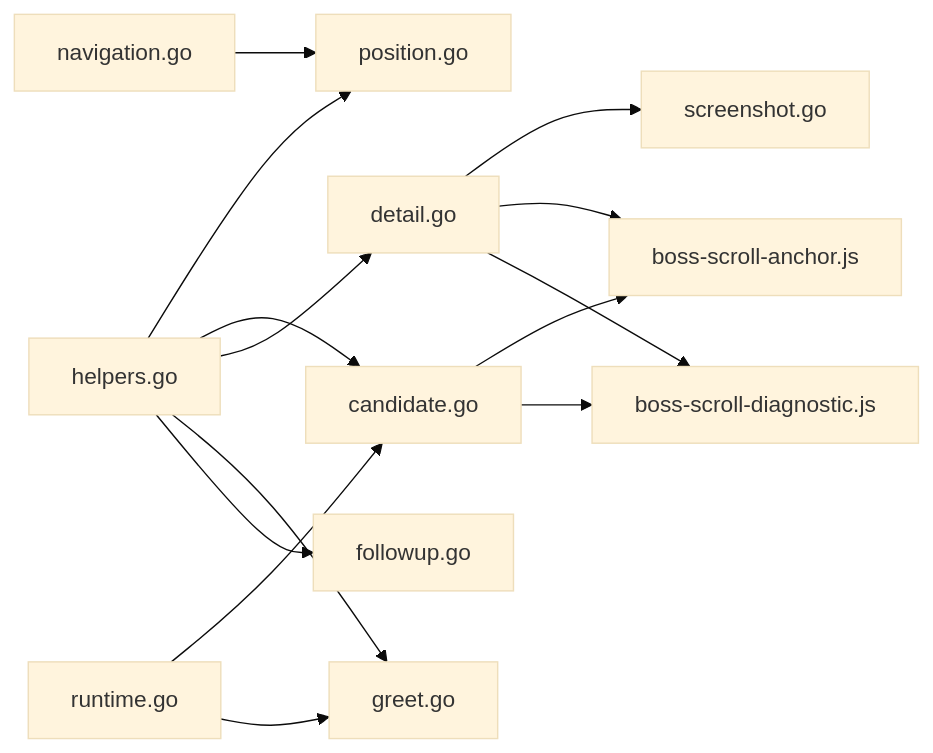
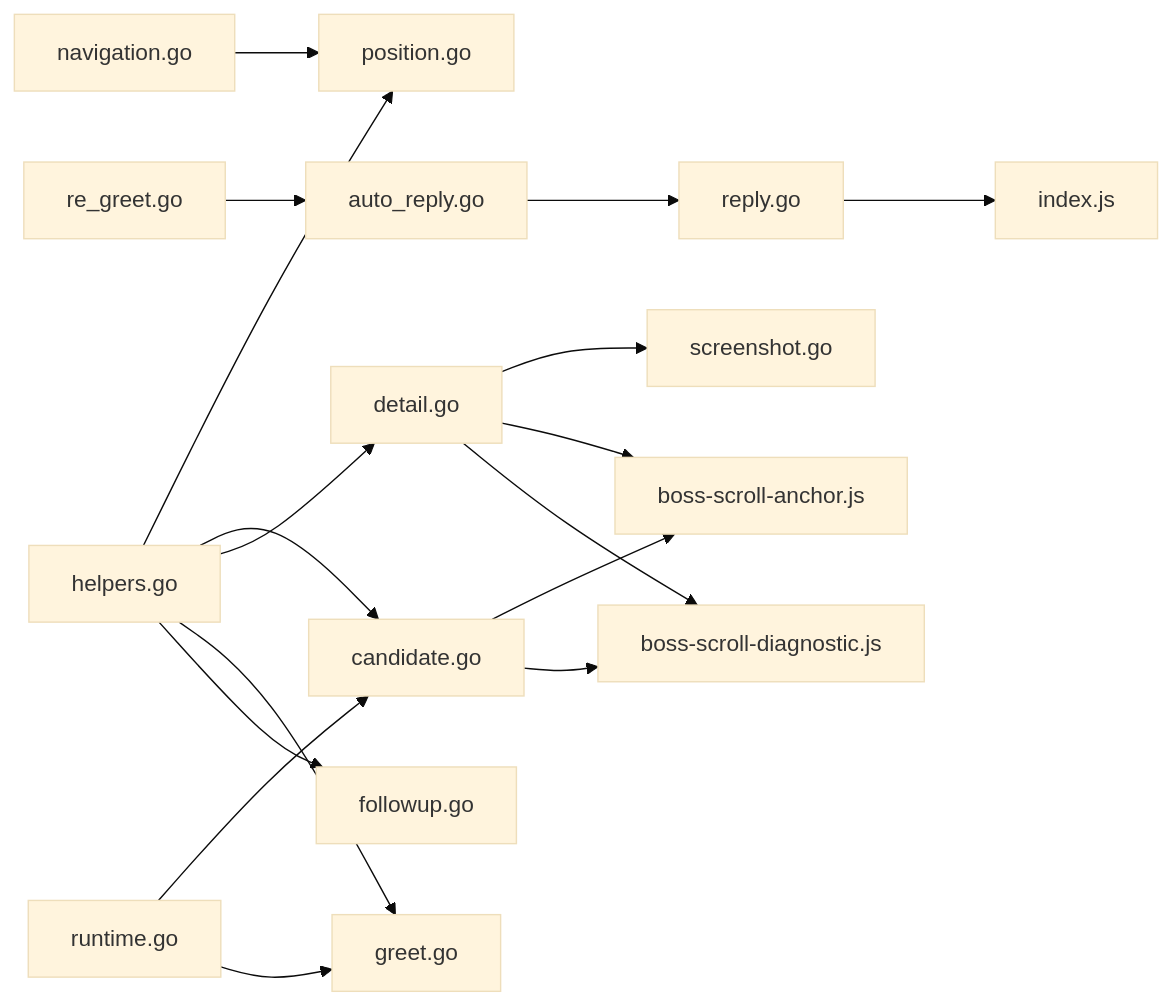
One commit to alvinwangzi/goodhr changed the tenth of 10 diagrams in .qoder/repowiki/zh/content/本地执行器/平台适配器/Boss直聘适配器/Boss直聘适配器.md. Above: the diagram before and after it, drawn with Mermaid (base theme). The commit also changed other lines of this file and 91 other files, not shown here.

````diff
--- a/.qoder/repowiki/zh/content/本地执行器/平台适配器/Boss直聘适配器/Boss直聘适配器.md
+++ b/.qoder/repowiki/zh/content/本地执行器/平台适配器/Boss直聘适配器/Boss直聘适配器.md
@@ -345,16 +486,19 @@
 ```mermaid
 graph LR
 H["helpers.go"] --> P["position.go"]
 H --> C["candidate.go"]
 H --> D["detail.go"]
 H --> G["greet.go"]
 H --> F["followup.go"]
 R["runtime.go"] --> C
 R --> G
 N["navigation.go"] --> P
 D --> S["screenshot.go"]
-C --> A["boss-scroll-anchor.js"]
-C --> B["boss-scroll-diagnostic.js"]
-D --> A
-D --> B
+A["auto_reply.go"] --> Y["reply.go"]
+RG["re_greet.go"] --> A
+C --> AJS["boss-scroll-anchor.js"]
+C --> BJS["boss-scroll-diagnostic.js"]
+D --> AJS
+D --> BJS
+Y --> I["index.js"]
 ```
````
